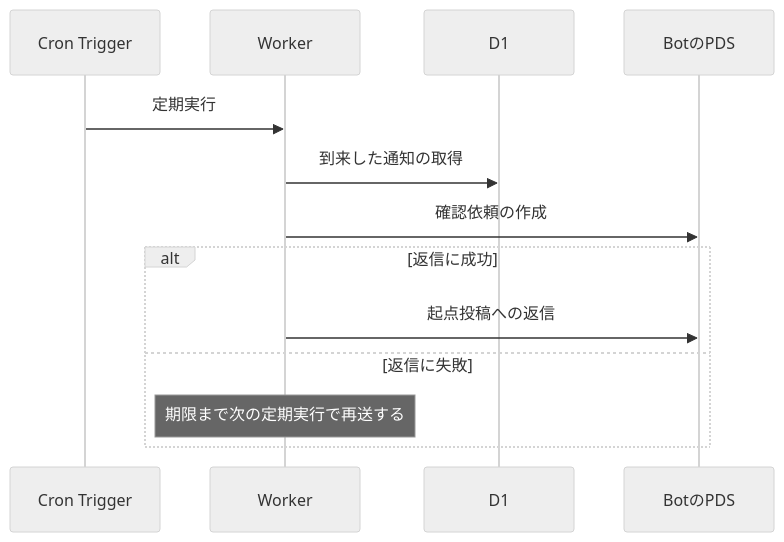
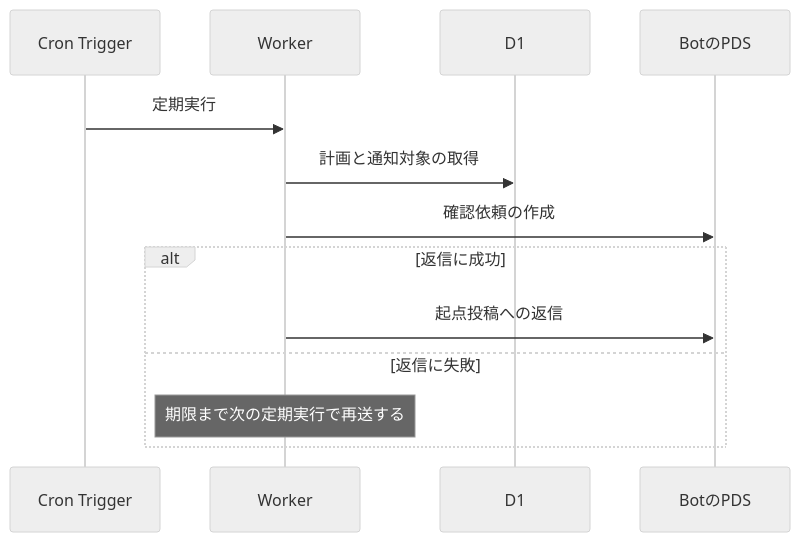
The fourth of 8 diagrams in docs/architecture.md (nllacc/shinchoku-chan), drawn with Mermaid (neutral theme) before and after one commit. The commit also changed other lines of this file and 16 other files, not shown here.

````diff
--- a/docs/architecture.md
+++ b/docs/architecture.md
@@ -104,15 +104,15 @@
 ```mermaid
 sequenceDiagram
   participant ext_cron as Cron Trigger
   participant worker as Worker
   participant ext_d1 as D1
   participant ext_bpds as BotのPDS
   ext_cron->>worker: 定期実行
-  worker->>ext_d1: 到来した通知の取得
+  worker->>ext_d1: 計画と通知対象の取得
   worker->>ext_bpds: 確認依頼の作成
   alt 返信に成功
     worker->>ext_bpds: 起点投稿への返信
   else 返信に失敗
     Note over worker: 期限まで次の定期実行で再送する
   end
 ```
````
